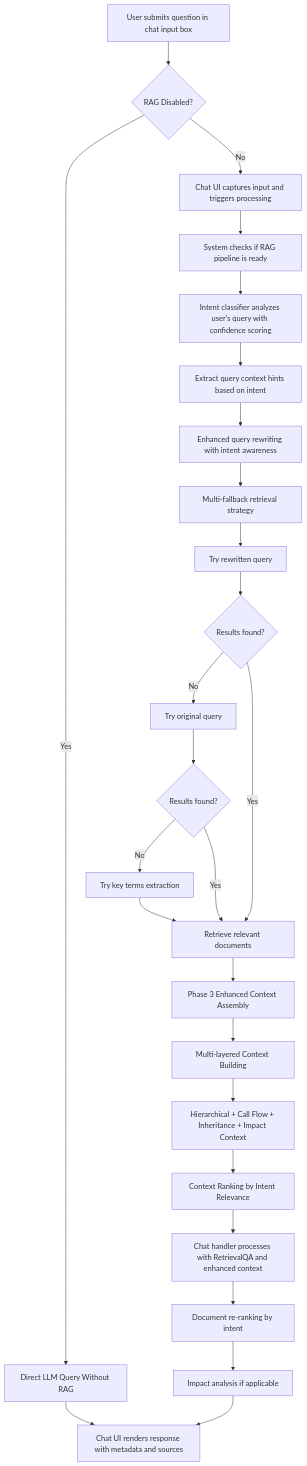
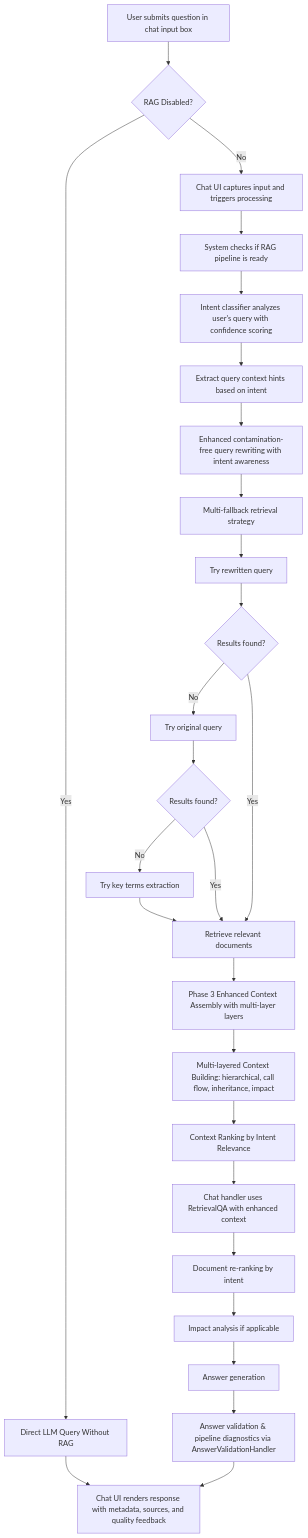
The second of 8 diagrams in debug_tools/MERMAID_CHART.md (anilbattini/codebase-qa), drawn with Mermaid before and after one commit. The commit also changed other lines of this file and 3 other files, not shown here.

````diff
--- a/debug_tools/MERMAID_CHART.md
+++ b/debug_tools/MERMAID_CHART.md
@@ -84,29 +80,31 @@
 ```mermaid
 flowchart TD
     A[User submits question in chat input box] --> A1{RAG Disabled?}
     A1 -->|Yes| A2[Direct LLM Query Without RAG]
     A1 -->|No| B[Chat UI captures input and triggers processing]
     A2 --> I[Chat UI renders response]
     B --> C[System checks if RAG pipeline is ready]
     C --> D[Intent classifier analyzes user's query with confidence scoring]
     D --> D1[Extract query context hints based on intent]
-    D1 --> E[Enhanced query rewriting with intent awareness]
+    D1 --> E[Enhanced contamination-free query rewriting with intent awareness]
     E --> F[Multi-fallback retrieval strategy]
+    
     F --> F1[Try rewritten query]
     F1 --> F2{Results found?}
     F2 -->|No| F3[Try original query]
     F3 --> F4{Results found?}
     F4 -->|No| F5[Try key terms extraction]
     F5 --> G[Retrieve relevant documents]
     F2 -->|Yes| G
     F4 -->|Yes| G
     
-    G --> G1[Phase 3 Enhanced Context Assembly]
-    G1 --> G2[Multi-layered Context Building]
-    G2 --> G3[Hierarchical + Call Flow + Inheritance + Impact Context]
-    G3 --> G4[Context Ranking by Intent Relevance]
-    G4 --> H[Chat handler processes with RetrievalQA and enhanced context]
+    G --> G1[Phase 3 Enhanced Context Assembly with multi-layer layers]
+    G1 --> G2[Multi-layered Context Building: hierarchical, call flow, inheritance, impact]
+    G2 --> G3[Context Ranking by Intent Relevance]
+    G3 --> H[Chat handler uses RetrievalQA with enhanced context]
     H --> H1[Document re-ranking by intent]
     H1 --> H2[Impact analysis if applicable]
-    H2 --> I[Chat UI renders response with metadata and sources]
+    H2 --> H3[Answer generation]
+    H3 --> H4[Answer validation & pipeline diagnostics via AnswerValidationHandler]
+    H4 --> I[Chat UI renders response with metadata, sources, and quality feedback]
 ```
````
